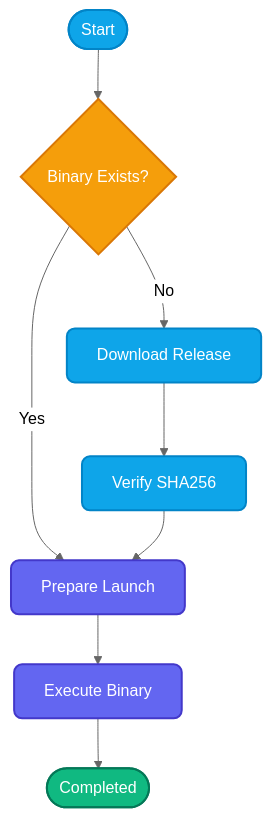
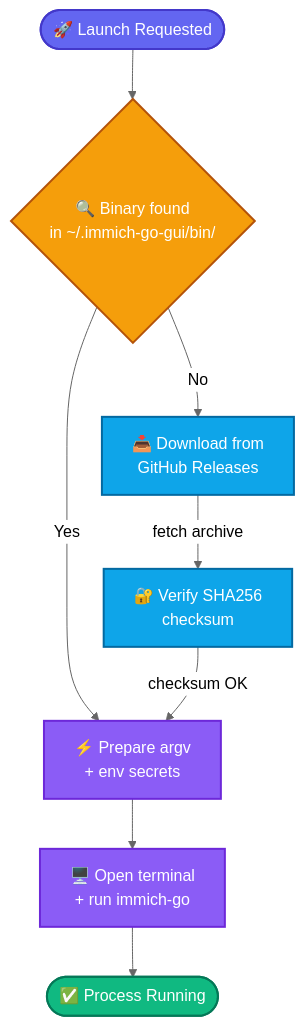
Before and after one commit to shitan198u/immich-go-gui: the second of 2 diagrams in docs/user-guide/configuration.md, drawn with Mermaid (neutral theme). The commit also changed 4 other files, not shown here.

Commit message:
docs: refine Mermaid diagrams with subgraphs and emoji; simplify README flowchart; surface releases page as primary download CTA

````diff
--- a/docs/user-guide/configuration.md
+++ b/docs/user-guide/configuration.md
@@ -75,23 +75,24 @@
 ```mermaid
 flowchart TD
-    classDef action fill:#0ea5e9,stroke:#0284c7,color:#ffffff,stroke-width:2px,rx:8px;
-    classDef decision fill:#f59e0b,stroke:#d97706,color:#ffffff,stroke-width:2px,rx:8px;
-    classDef success fill:#10b981,stroke:#047857,color:#ffffff,stroke-width:2px,rx:8px;
-    classDef process fill:#6366f1,stroke:#4338ca,color:#ffffff,stroke-width:2px,rx:8px;
+    classDef startEnd fill:#6366f1,stroke:#4338ca,color:#fff,stroke-width:2px
+    classDef check fill:#f59e0b,stroke:#b45309,color:#fff,stroke-width:2px
+    classDef download fill:#0ea5e9,stroke:#0369a1,color:#fff,stroke-width:2px
+    classDef run fill:#8b5cf6,stroke:#6d28d9,color:#fff,stroke-width:2px
+    classDef done fill:#10b981,stroke:#047857,color:#fff,stroke-width:2px
 
-    Start([Start]):::action
-    Check{Binary Exists?}:::decision
-    Launch[Prepare Launch]:::process
-    Download[Download Release]:::action
-    Verify[Verify SHA256]:::action
-    Execute[Execute Binary]:::process
-    End([Completed]):::success
+    Start([🚀 Launch Requested]):::startEnd
+    Check{🔍 Binary found\nin ~/.immich-go-gui/bin/}:::check
+    Download[📥 Download from\nGitHub Releases]:::download
+    Verify[🔐 Verify SHA256\nchecksum]:::download
+    Launch[⚡ Prepare argv\n+ env secrets]:::run
+    Execute[🖥️ Open terminal\n+ run immich-go]:::run
+    Done([✅ Process Running]):::done
 
     Start --> Check
     Check -- Yes --> Launch
     Check -- No --> Download
-    Download --> Verify
-    Verify --> Launch
+    Download -->|fetch archive| Verify
+    Verify -->|checksum OK| Launch
     Launch --> Execute
-    Execute --> End
+    Execute --> Done
 ```
````
